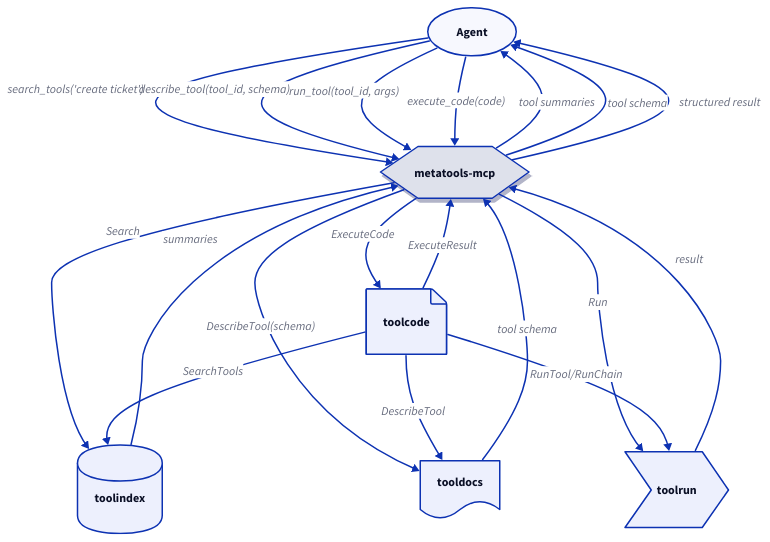
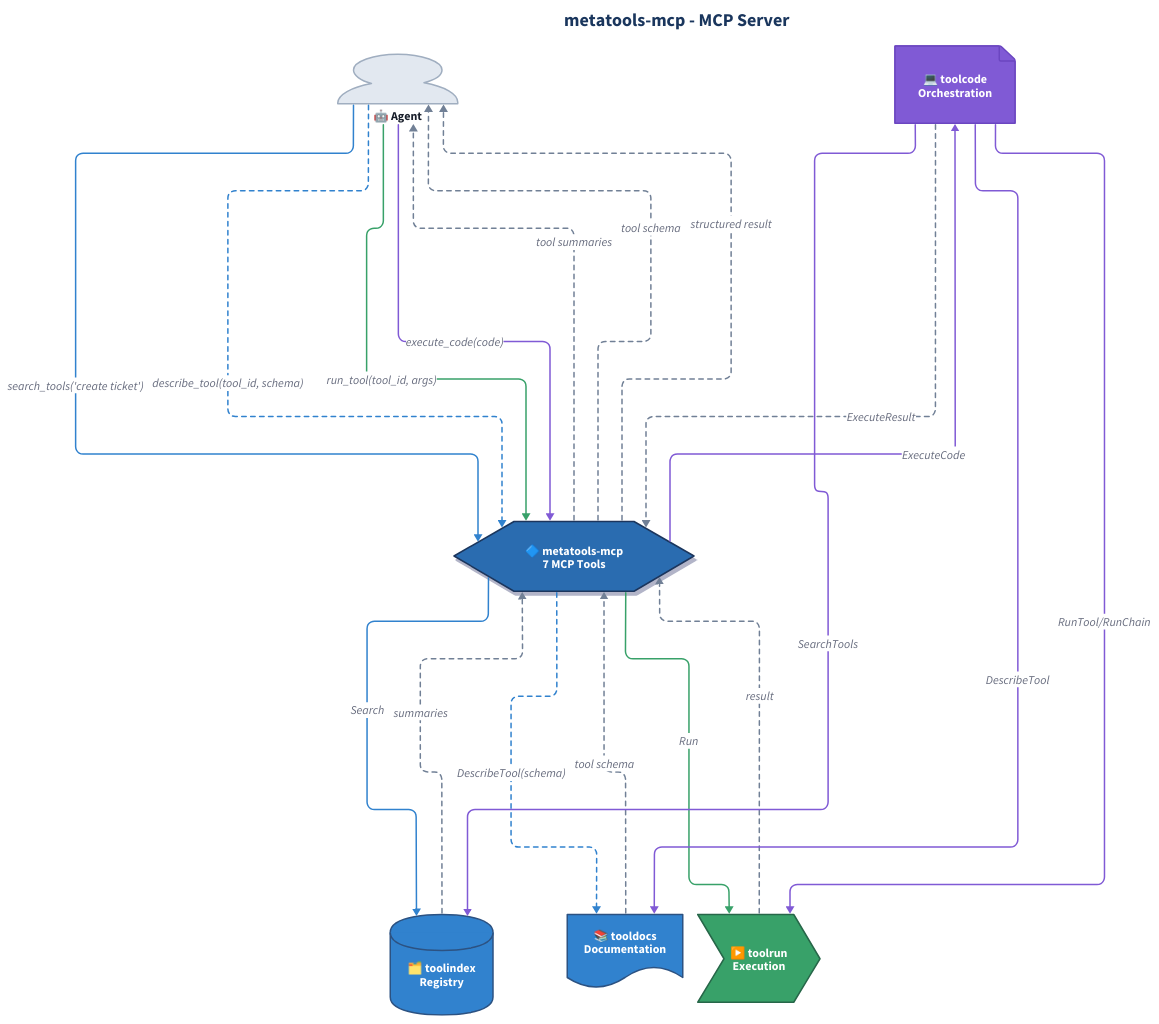
Before and after one commit to jonwraymond/metatools-mcp: the diagram in docs/diagrams/user-journey.d2, drawn with D2. The commit also changed 7 other files, not shown here.

Commit message:
docs(metatools-mcp): refresh diagrams

```diff
--- a/docs/diagrams/user-journey.d2
+++ b/docs/diagrams/user-journey.d2
@@ -1,52 +1,198 @@
+# metatools-mcp User Journey
+# Complete MCP server workflow
+
 direction: down
 
-style: {
-  font-size: 14
+vars: {
+  d2-config: {
+    layout-engine: elk
+    theme-id: 0
+  }
+  surface-fill: "#2b6cb0"
+  discovery-fill: "#3182ce"
+  execution-fill: "#38a169"
+  composition-fill: "#805ad5"
+  actor-fill: "#e2e8f0"
 }
 
-agent: "Agent" {
-  shape: oval
+classes: {
+  actor: {
+    style: {
+      fill: ${actor-fill}
+      stroke: "#a0aec0"
+      stroke-width: 2
+      font-color: "#1a202c"
+      bold: true
+    }
+  }
+  surface: {
+    style: {
+      fill: ${surface-fill}
+      stroke: "#1a365d"
+      stroke-width: 2
+      font-color: "#fff"
+      shadow: true
+    }
+  }
+  discovery: {
+    style: {
+      fill: ${discovery-fill}
+      stroke: "#2c5282"
+      stroke-width: 2
+      font-color: "#fff"
+    }
+  }
+  execution: {
+    style: {
+      fill: ${execution-fill}
+      stroke: "#276749"
+      stroke-width: 2
+      font-color: "#fff"
+    }
+  }
+  composition: {
+    style: {
+      fill: ${composition-fill}
+      stroke: "#6b46c1"
+      stroke-width: 2
+      font-color: "#fff"
+    }
+  }
+  search-flow: {
+    style: {
+      stroke: ${discovery-fill}
+      stroke-width: 2
+    }
+  }
+  describe-flow: {
+    style: {
+      stroke: ${discovery-fill}
+      stroke-width: 2
+      stroke-dash: 3
+    }
+  }
+  run-flow: {
+    style: {
+      stroke: ${execution-fill}
+      stroke-width: 2
+    }
+  }
+  code-flow: {
+    style: {
+      stroke: ${composition-fill}
+      stroke-width: 2
+    }
+  }
+  result-flow: {
+    style: {
+      stroke: "#718096"
+      stroke-width: 2
+      stroke-dash: 3
+    }
+  }
 }
 
-mcp: "metatools-mcp" {
-  shape: hexagon
-  style: { shadow: true }
+# Title
+title: "metatools-mcp - MCP Server" {
+  shape: text
+  near: top-center
+  style: {
+    font-size: 24
+    bold: true
+    font-color: "#1a365d"
+  }
 }
 
-index: "toolindex" {
-  shape: cylinder
+# Actors
+agent: "🤖 Agent" {
+  shape: person
+  class: actor
 }
 
-docs: "tooldocs" {
-  shape: document
+# Components
+mcp: "🔷 metatools-mcp\n7 MCP Tools" {
+  shape: hexagon
+  class: surface
 }
 
-runner: "toolrun" {
-  shape: step
+index: "🗂️ toolindex\nRegistry" {
+  shape: cylinder
+  class: discovery
 }
 
-code: "toolcode" {
-  shape: page
+docs: "📚 tooldocs\nDocumentation" {
+  shape: document
+  class: discovery
 }
 
-agent -> mcp: "search_tools('create ticket')"
-mcp -> index: "Search"
-index -> mcp: "summaries"
-mcp -> agent: "tool summaries"
+runner: "▶️ toolrun\nExecution" {
+  shape: step
+  class: execution
+}
 
-agent -> mcp: "describe_tool(tool_id, schema)"
-mcp -> docs: "DescribeTool(schema)"
-docs -> mcp: "tool schema"
-mcp -> agent: "tool schema"
+code: "💻 toolcode\nOrchestration" {
+  shape: page
+  class: composition
+}
 
-agent -> mcp: "run_tool(tool_id, args)"
-mcp -> runner: "Run"
-runner -> mcp: "result"
-mcp -> agent: "structured result"
+# Search Flow
+agent -> mcp: "search_tools('create ticket')" {
+  class: search-flow
+}
+mcp -> index: "Search" {
+  class: search-flow
+}
+index -> mcp: "summaries" {
+  class: result-flow
+}
+mcp -> agent: "tool summaries" {
+  class: result-flow
+}
 
-agent -> mcp: "execute_code(code)"
-mcp -> code: "ExecuteCode"
-code -> index: "SearchTools"
-code -> docs: "DescribeTool"
-code -> runner: "RunTool/RunChain"
-code -> mcp: "ExecuteResult"
+# Describe Flow
+agent -> mcp: "describe_tool(tool_id, schema)" {
+  class: describe-flow
+}
+mcp -> docs: "DescribeTool(schema)" {
+  class: describe-flow
+}
+docs -> mcp: "tool schema" {
+  class: result-flow
+}
+mcp -> agent: "tool schema" {
+  class: result-flow
+}
+
+# Run Flow
+agent -> mcp: "run_tool(tool_id, args)" {
+  class: run-flow
+}
+mcp -> runner: "Run" {
+  class: run-flow
+}
+runner -> mcp: "result" {
+  class: result-flow
+}
+mcp -> agent: "structured result" {
+  class: result-flow
+}
+
+# Code Flow
+agent -> mcp: "execute_code(code)" {
+  class: code-flow
+}
+mcp -> code: "ExecuteCode" {
+  class: code-flow
+}
+code -> index: "SearchTools" {
+  class: code-flow
+}
+code -> docs: "DescribeTool" {
+  class: code-flow
+}
+code -> runner: "RunTool/RunChain" {
+  class: code-flow
+}
+code -> mcp: "ExecuteResult" {
+  class: result-flow
+}
```
